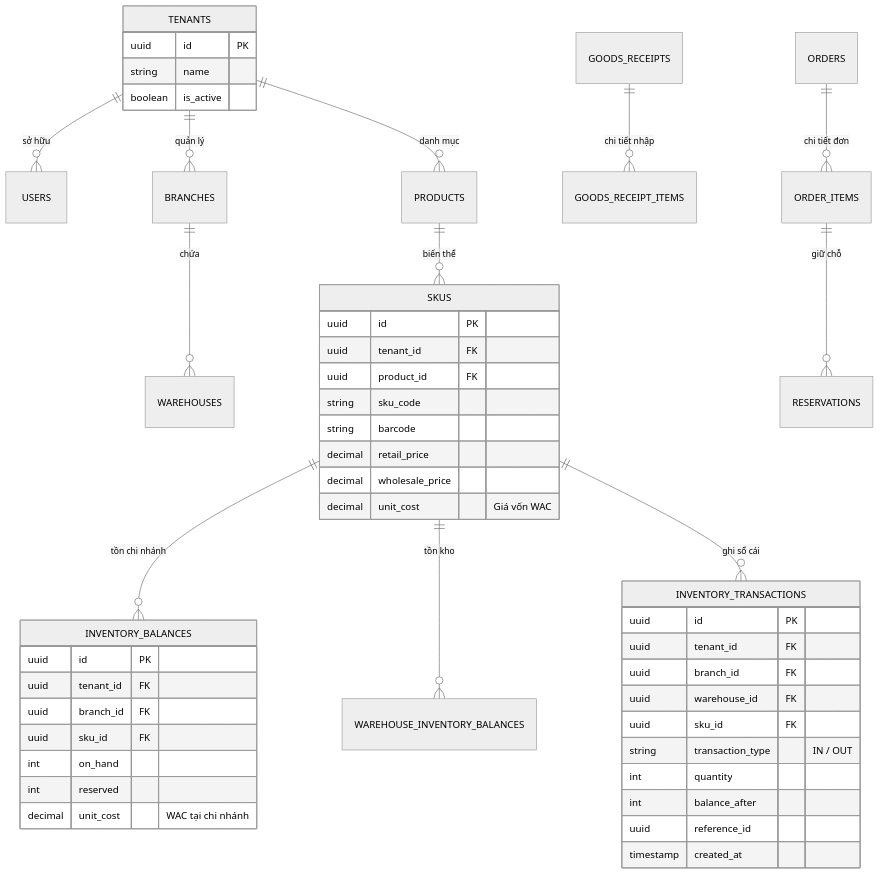
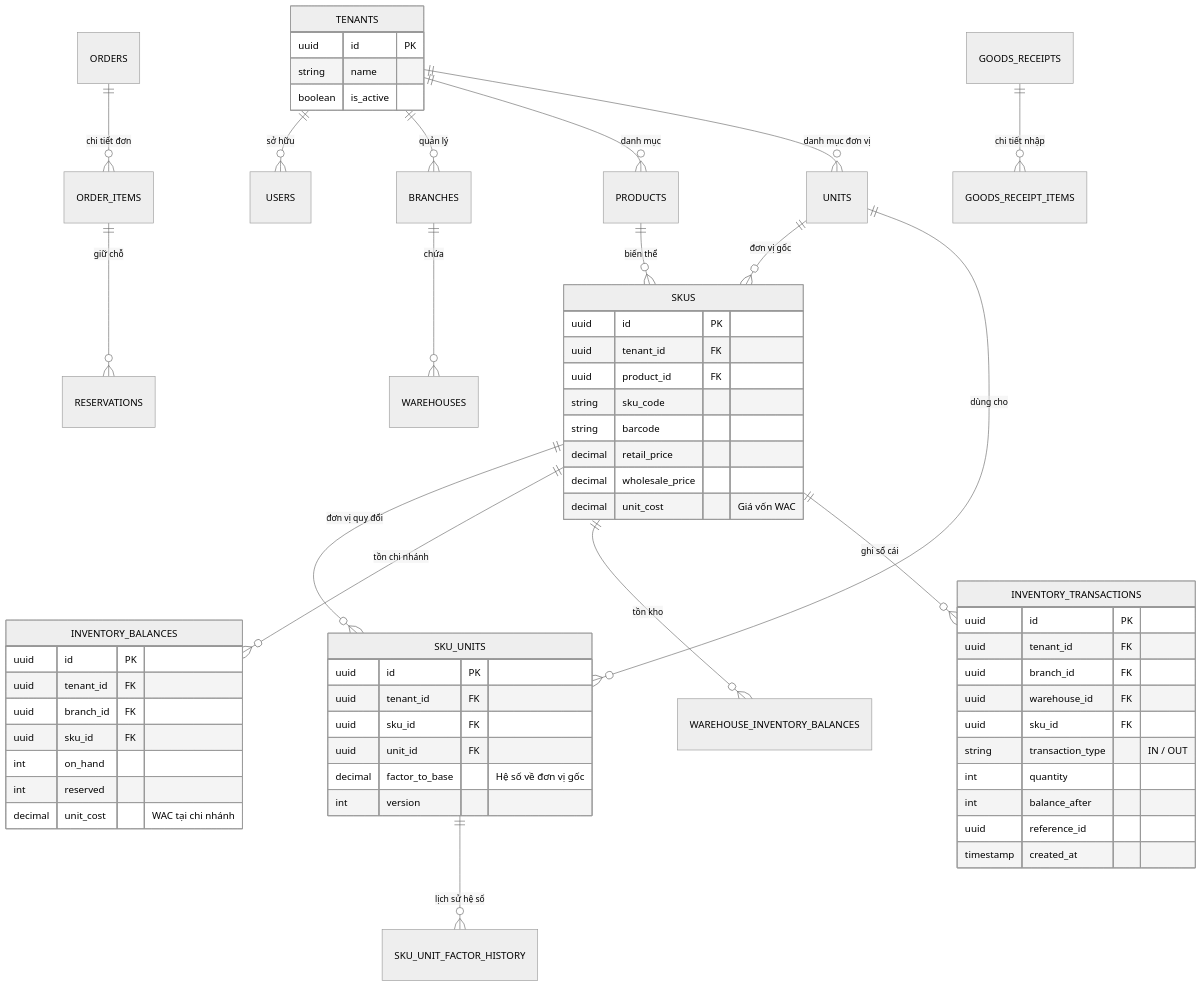
One commit to khoalvd839764-netizen/OISMS changed the diagram in docs/04-architecture-and-design/03-database-design.md. Above: the diagram before and after it, drawn with Mermaid (neutral theme). The commit also changed other lines of this file and 43 other files, not shown here.

````diff
--- a/docs/04-architecture-and-design/03-database-design.md
+++ b/docs/04-architecture-and-design/03-database-design.md
@@ -23,51 +23,64 @@
 ```mermaid
 erDiagram
     TENANTS ||--o{ USERS : "sở hữu"
     TENANTS ||--o{ BRANCHES : "quản lý"
     TENANTS ||--o{ PRODUCTS : "danh mục"
     BRANCHES ||--o{ WAREHOUSES : "chứa"
     PRODUCTS ||--o{ SKUS : "biến thể"
+    TENANTS ||--o{ UNITS : "danh mục đơn vị"
+    UNITS ||--o{ SKUS : "đơn vị gốc"
+    SKUS ||--o{ SKU_UNITS : "đơn vị quy đổi"
+    UNITS ||--o{ SKU_UNITS : "dùng cho"
+    SKU_UNITS ||--o{ SKU_UNIT_FACTOR_HISTORY : "lịch sử hệ số"
     SKUS ||--o{ INVENTORY_BALANCES : "tồn chi nhánh"
     SKUS ||--o{ WAREHOUSE_INVENTORY_BALANCES : "tồn kho"
     SKUS ||--o{ INVENTORY_TRANSACTIONS : "ghi sổ cái"
     GOODS_RECEIPTS ||--o{ GOODS_RECEIPT_ITEMS : "chi tiết nhập"
     ORDERS ||--o{ ORDER_ITEMS : "chi tiết đơn"
     ORDER_ITEMS ||--o{ RESERVATIONS : "giữ chỗ"
 
     TENANTS {
         uuid id PK
         string name
         boolean is_active
     }
     SKUS {
         uuid id PK
         uuid tenant_id FK
         uuid product_id FK
         string sku_code
         string barcode
         decimal retail_price
         decimal wholesale_price
         decimal unit_cost "Giá vốn WAC"
+    }
+    SKU_UNITS {
+        uuid id PK
+        uuid tenant_id FK
+        uuid sku_id FK
+        uuid unit_id FK
+        decimal factor_to_base "Hệ số về đơn vị gốc"
+        int version
     }
     INVENTORY_BALANCES {
         uuid id PK
         uuid tenant_id FK
         uuid branch_id FK
         uuid sku_id FK
         int on_hand
         int reserved
         decimal unit_cost "WAC tại chi nhánh"
     }
     INVENTORY_TRANSACTIONS {
         uuid id PK
         uuid tenant_id FK
         uuid branch_id FK
         uuid warehouse_id FK
         uuid sku_id FK
         string transaction_type "IN / OUT"
         int quantity
         int balance_after
         uuid reference_id
         timestamp created_at
     }
 ```
````
